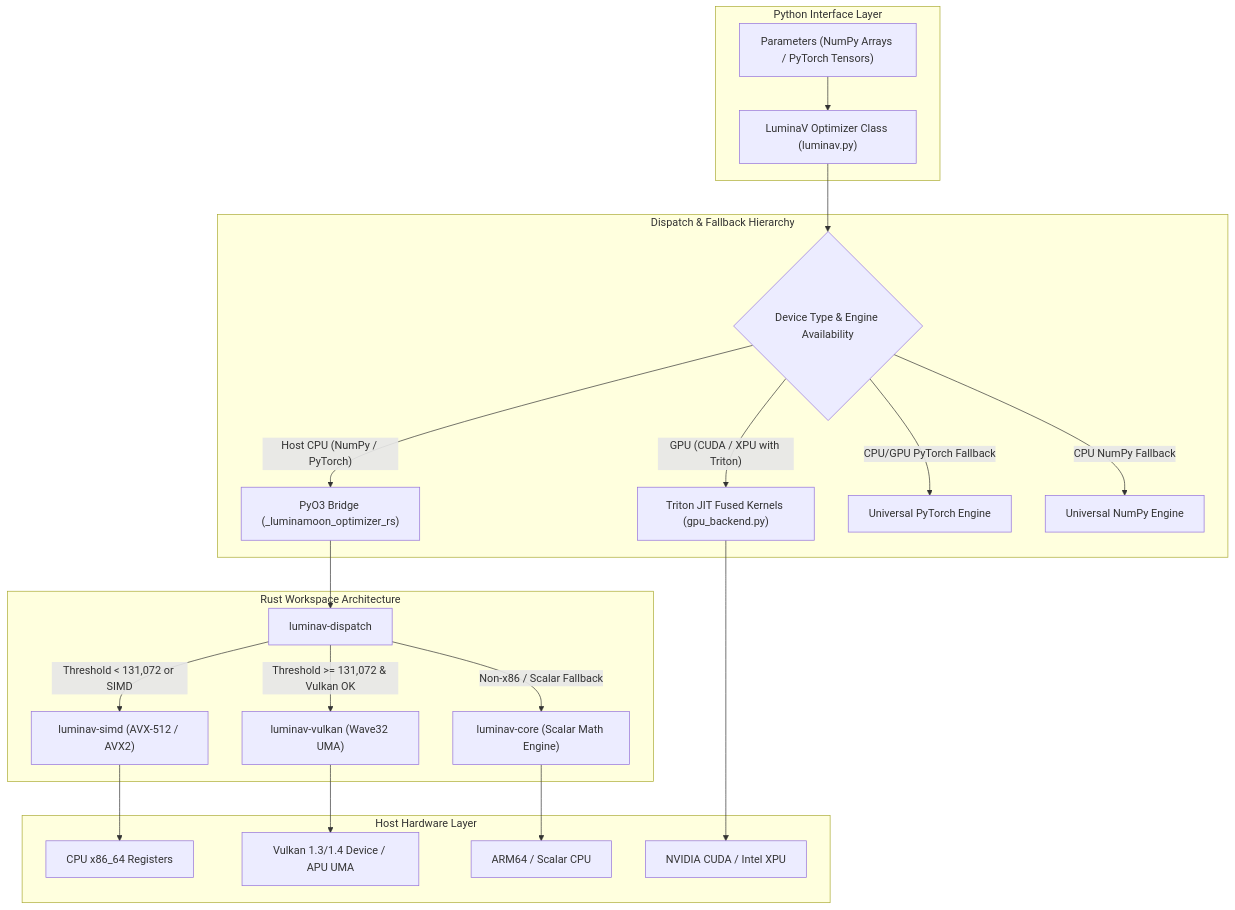
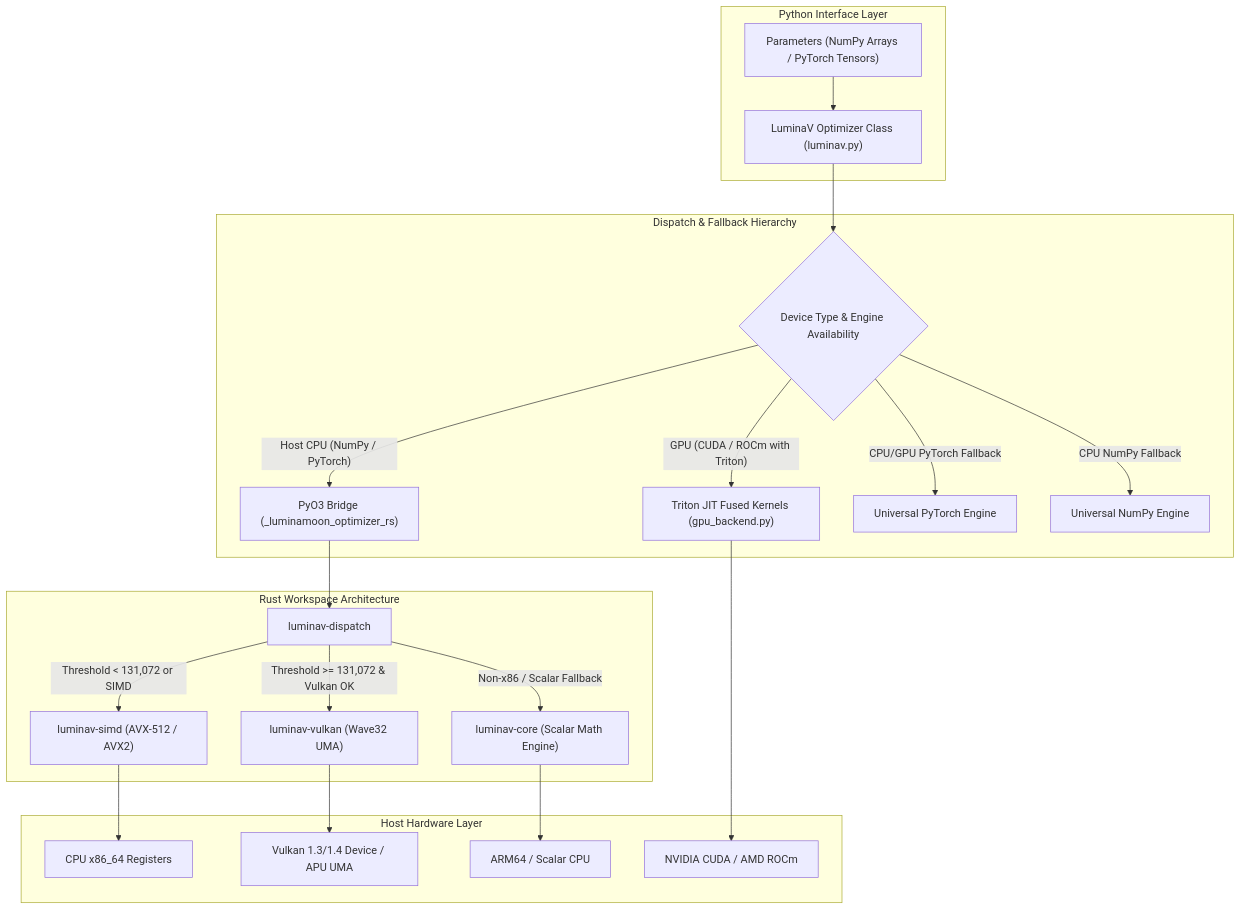
Before and after one commit to cloverx-id/luminamoon: the diagram in docs/en/04_architecture_and_hardware.md, drawn with Mermaid. The commit also changed 42 other files, not shown here.

````diff
--- a/docs/en/04_architecture_and_hardware.md
+++ b/docs/en/04_architecture_and_hardware.md
@@ -7,31 +7,31 @@
 ```mermaid
 graph TD
     subgraph PythonLayer["Python Interface Layer"]
         InputParams["Parameters (NumPy Arrays / PyTorch Tensors)"]
         LuminaVClass["LuminaV Optimizer Class (luminav.py)"]
         InputParams --> LuminaVClass
     end
 
     subgraph DispatchHierarchy["Dispatch & Fallback Hierarchy"]
         LuminaVClass --> Decision{"Device Type & Engine Availability"}
         
         Decision -->|"Host CPU (NumPy / PyTorch)"| NativeFFI["PyO3 Bridge (_luminamoon_optimizer_rs)"]
-        Decision -->|"GPU (CUDA / XPU with Triton)"| TritonEngine["Triton JIT Fused Kernels (gpu_backend.py)"]
+        Decision -->|"GPU (CUDA / ROCm with Triton)"| TritonEngine["Triton JIT Fused Kernels (gpu_backend.py)"]
         Decision -->|"CPU/GPU PyTorch Fallback"| TorchFallback["Universal PyTorch Engine"]
         Decision -->|"CPU NumPy Fallback"| NumpyFallback["Universal NumPy Engine"]
     end
 
     subgraph RustWorkspace["Rust Workspace Architecture"]
         NativeFFI --> DispatchCrate["luminav-dispatch"]
         DispatchCrate -->|"Threshold < 131,072 or SIMD"| SimdCrate["luminav-simd (AVX-512 / AVX2)"]
         DispatchCrate -->|"Threshold >= 131,072 & Vulkan OK"| VulkanCrate["luminav-vulkan (Wave32 UMA)"]
         DispatchCrate -->|"Non-x86 / Scalar Fallback"| CoreCrate["luminav-core (Scalar Math Engine)"]
     end
 
     subgraph HardwareLayer["Host Hardware Layer"]
         SimdCrate --> CPUCore["CPU x86_64 Registers"]
         VulkanCrate --> VulkanDevice["Vulkan 1.3/1.4 Device / APU UMA"]
         CoreCrate --> ARMCPU["ARM64 / Scalar CPU"]
-        TritonEngine --> DedicatedGPU["NVIDIA CUDA / Intel XPU"]
+        TritonEngine --> DedicatedGPU["NVIDIA CUDA / AMD ROCm"]
     end
 ```
````
